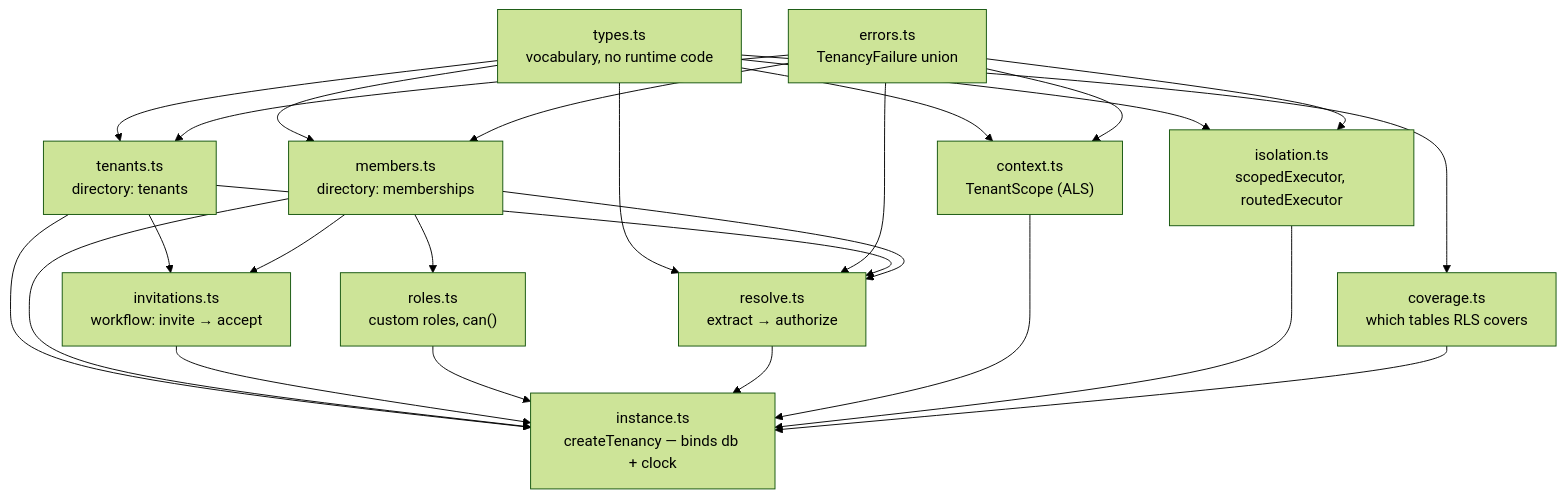
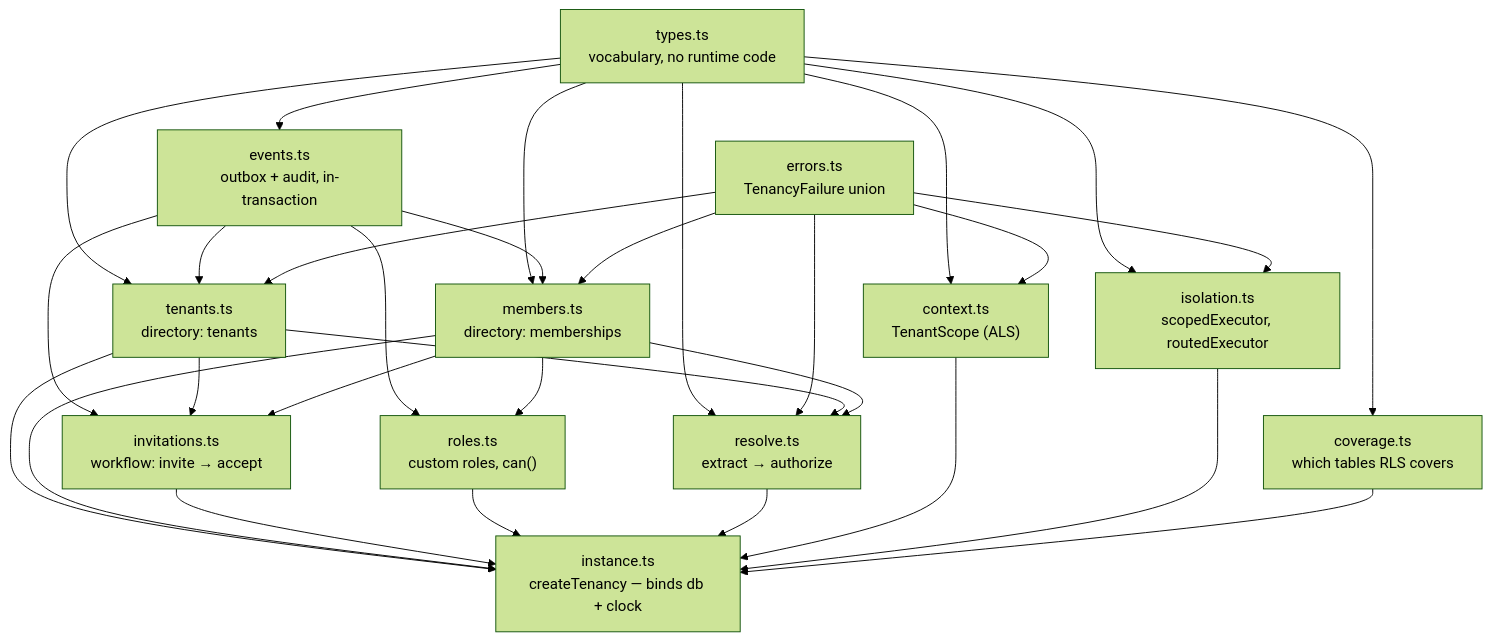
The diagram in docs/ARCHITECTURE.md (QuxKit/tenant-kit), drawn with Mermaid (forest theme) before and after one commit. The commit also changed other lines of this file and 14 other files, not shown here.

First line of the commit message:
feat: lifecycle events outbox and audit log, written in the mutation's transaction

````diff
--- a/docs/ARCHITECTURE.md
+++ b/docs/ARCHITECTURE.md
@@ -9,22 +9,24 @@
 ```mermaid
 flowchart TD
     types["types.ts<br/>vocabulary, no runtime code"]
     errors["errors.ts<br/>TenancyFailure union"]
     tenants["tenants.ts<br/>directory: tenants"]
     members["members.ts<br/>directory: memberships"]
     invitations["invitations.ts<br/>workflow: invite → accept"]
     roles["roles.ts<br/>custom roles, can()"]
     resolve["resolve.ts<br/>extract → authorize"]
     context["context.ts<br/>TenantScope (ALS)"]
     isolation["isolation.ts<br/>scopedExecutor, routedExecutor"]
     coverage["coverage.ts<br/>which tables RLS covers"]
+    events["events.ts<br/>outbox + audit, in-transaction"]
     instance["instance.ts<br/>createTenancy — binds db + clock"]
 
-    types --> tenants & members & resolve & context & isolation & coverage
+    types --> tenants & members & resolve & context & isolation & coverage & events
+    events --> tenants & members & invitations & roles
     errors --> tenants & members & resolve & context & isolation
     tenants --> resolve
     members --> resolve
     tenants & members --> invitations
     members --> roles
     tenants & members & invitations & roles & resolve & context & isolation & coverage --> instance
 ```
````
